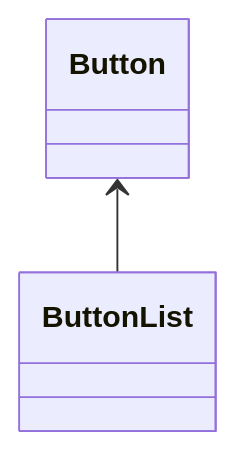
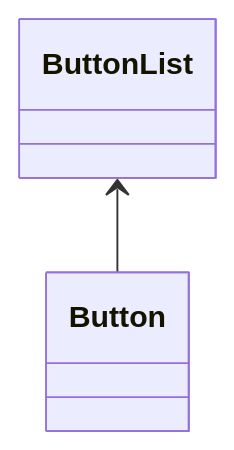
Before and after one commit to Spoingus/TroublesomeTanks_CDP: the second of 2 diagrams in README.md, drawn with Mermaid.

````diff
--- a/README.md
+++ b/README.md
@@ -41,5 +41,5 @@
 ```mermaid
 classDiagram
-    Button <-- ButtonList
+    ButtonList <-- Button
    
 ```
````
